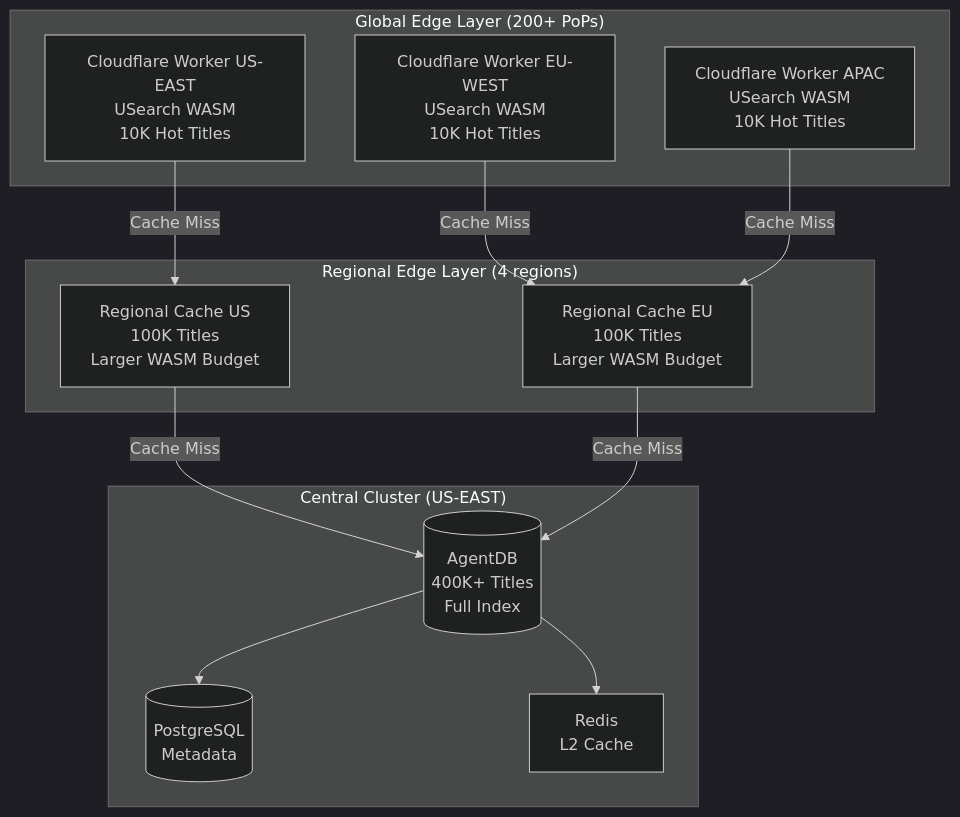
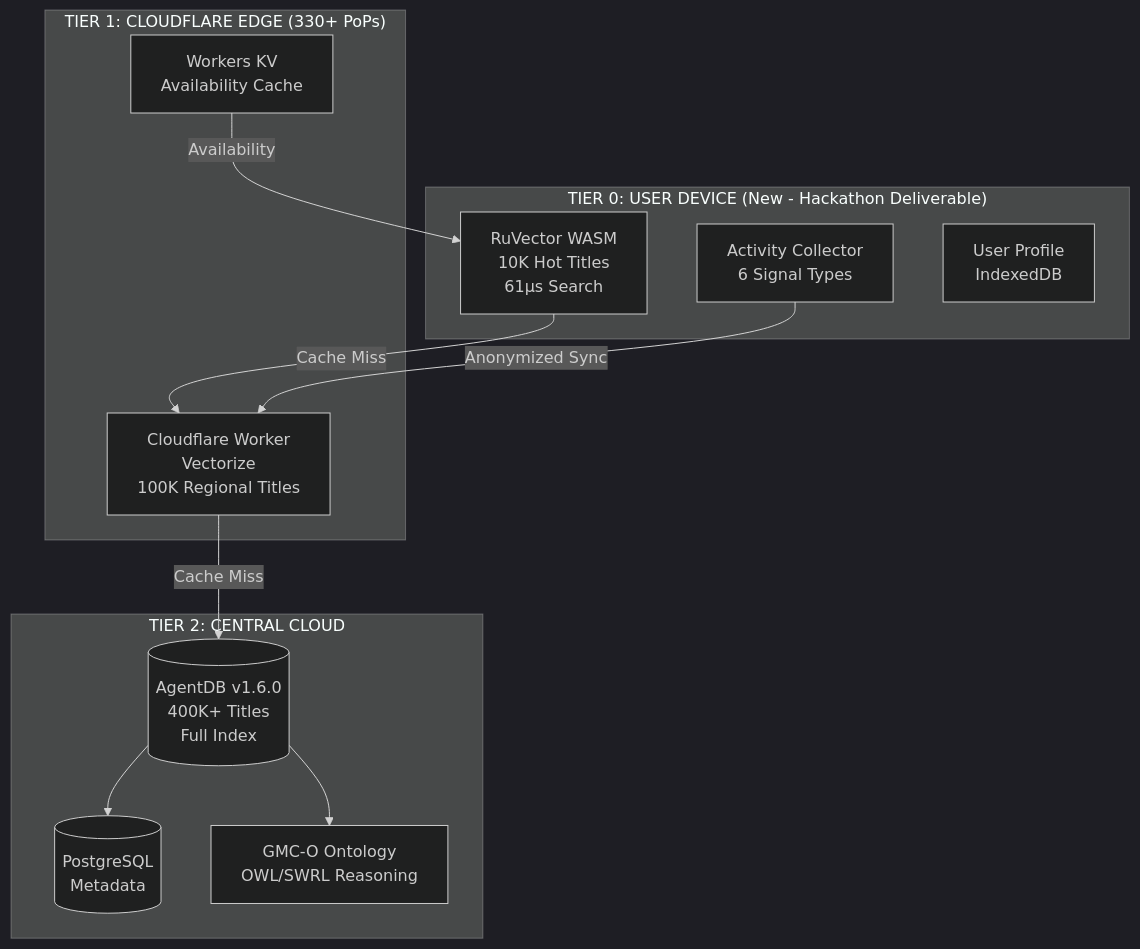
One commit to binto-labs/hackathon-tv5-AFNZ changed the diagram in docs/research/hackathon-alignment-report.md. Above: the diagram before and after it, drawn with Mermaid (dark theme). The commit also changed other lines of this file and 33 other files, not shown here.

First line of the commit message:
Edge-first architecture alignment + HLD swarm design

````diff
--- a/docs/research/hackathon-alignment-report.md
+++ b/docs/research/hackathon-alignment-report.md
@@ -457,29 +494,26 @@
 ```mermaid
 graph TB
-    subgraph "Global Edge Layer (200+ PoPs)"
-        EDGE1[Cloudflare Worker US-EAST<br/>USearch WASM<br/>10K Hot Titles]
-        EDGE2[Cloudflare Worker EU-WEST<br/>USearch WASM<br/>10K Hot Titles]
-        EDGE3[Cloudflare Worker APAC<br/>USearch WASM<br/>10K Hot Titles]
+    subgraph "TIER 0: USER DEVICE (New - Hackathon Deliverable)"
+        DEVICE1[RuVector WASM<br/>10K Hot Titles<br/>61µs Search]
+        ACTIVITY[Activity Collector<br/>6 Signal Types]
+        PROFILE[User Profile<br/>IndexedDB]
     end
 
-    subgraph "Regional Edge Layer (4 regions)"
-        REG1[Regional Cache US<br/>100K Titles<br/>Larger WASM Budget]
-        REG2[Regional Cache EU<br/>100K Titles<br/>Larger WASM Budget]
+    subgraph "TIER 1: CLOUDFLARE EDGE (330+ PoPs)"
+        EDGE1[Cloudflare Worker<br/>Vectorize<br/>100K Regional Titles]
+        KV[Workers KV<br/>Availability Cache]
     end
 
-    subgraph "Central Cluster (US-EAST)"
-        AGENTDB[(AgentDB<br/>400K+ Titles<br/>Full Index)]
+    subgraph "TIER 2: CENTRAL CLOUD"
+        AGENTDB[(AgentDB v1.6.0<br/>400K+ Titles<br/>Full Index)]
         POSTGRES[(PostgreSQL<br/>Metadata)]
-        REDIS[Redis<br/>L2 Cache]
+        ONTOLOGY[GMC-O Ontology<br/>OWL/SWRL Reasoning]
     end
 
-    EDGE1 -->|Cache Miss| REG1
-    EDGE2 -->|Cache Miss| REG2
-    EDGE3 -->|Cache Miss| REG2
-
-    REG1 -->|Cache Miss| AGENTDB
-    REG2 -->|Cache Miss| AGENTDB
-
+    DEVICE1 -->|Cache Miss| EDGE1
+    ACTIVITY -->|Anonymized Sync| EDGE1
+    EDGE1 -->|Cache Miss| AGENTDB
+    KV -->|Availability| DEVICE1
     AGENTDB --> POSTGRES
-    AGENTDB --> REDIS
+    AGENTDB --> ONTOLOGY
 ```
````
